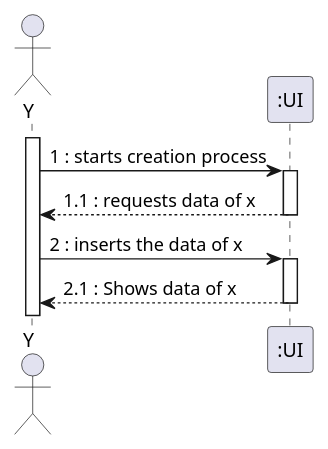
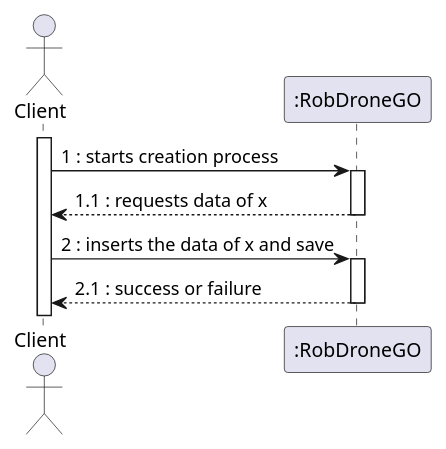
One commit to mpoboas/sem5-pi-23-24-38 changed the diagram in docs/nivel1/SSD1POST.puml. Above: the diagram before and after it, drawn with PlantUML. The commit also changed 32 other files, not shown here.

```diff
--- a/docs/nivel1/SSD1POST.puml
+++ b/docs/nivel1/SSD1POST.puml
@@ -1,16 +1,16 @@
-@startuml
-actor "Y" as OE
+@startuml lvl1
+actor "Client" as OE
 
 activate OE
-OE -> ":UI" : 1 : starts creation process
-activate ":UI"
-":UI" --> OE : 1.1 : requests data of x
-deactivate ":UI"
-OE -> ":UI" : 2 : inserts the data of x
-activate ":UI"
-":UI" --> OE : 2.1 : Shows data of x
+OE -> ":RobDroneGO" : 1 : starts creation process
+activate ":RobDroneGO"
+":RobDroneGO" --> OE : 1.1 : requests data of x
+deactivate ":RobDroneGO"
+OE -> ":RobDroneGO" : 2 : inserts the data of x and save
+activate ":RobDroneGO"
+":RobDroneGO" --> OE : 2.1 : success or failure
 
 
-deactivate ":UI"
+deactivate ":RobDroneGO"
 
 @enduml
```
